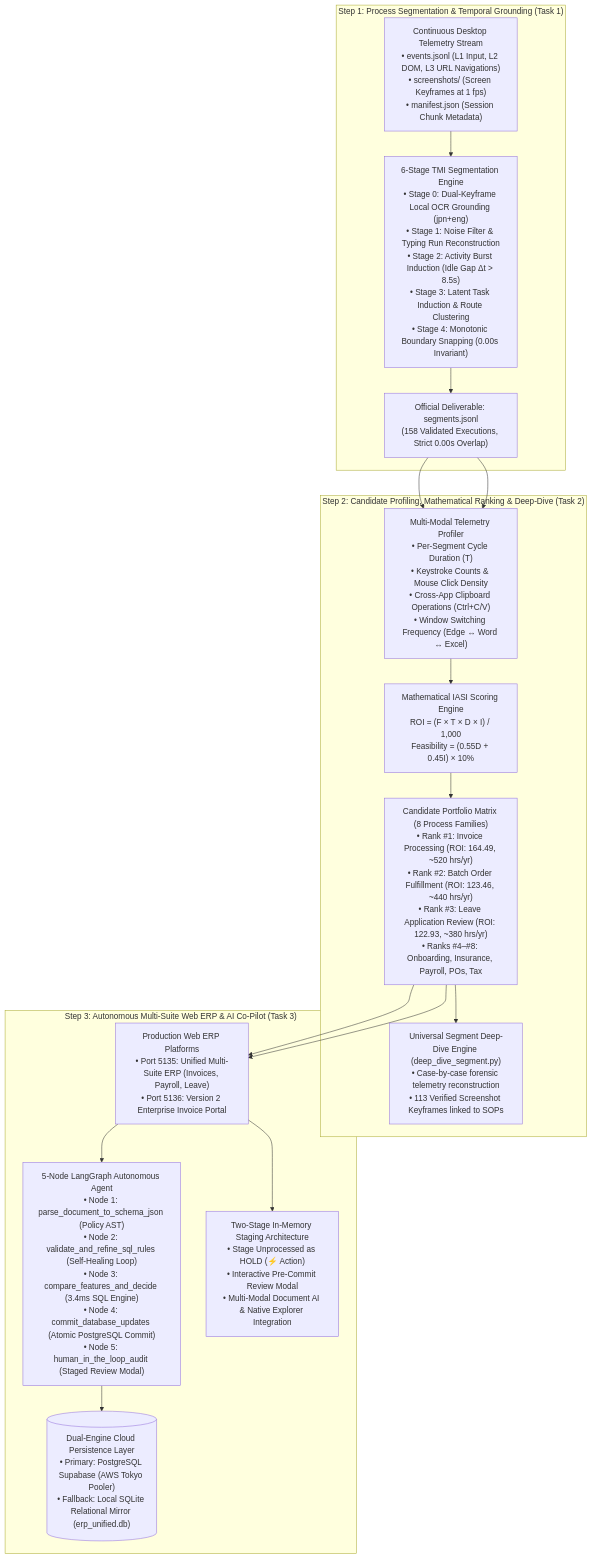
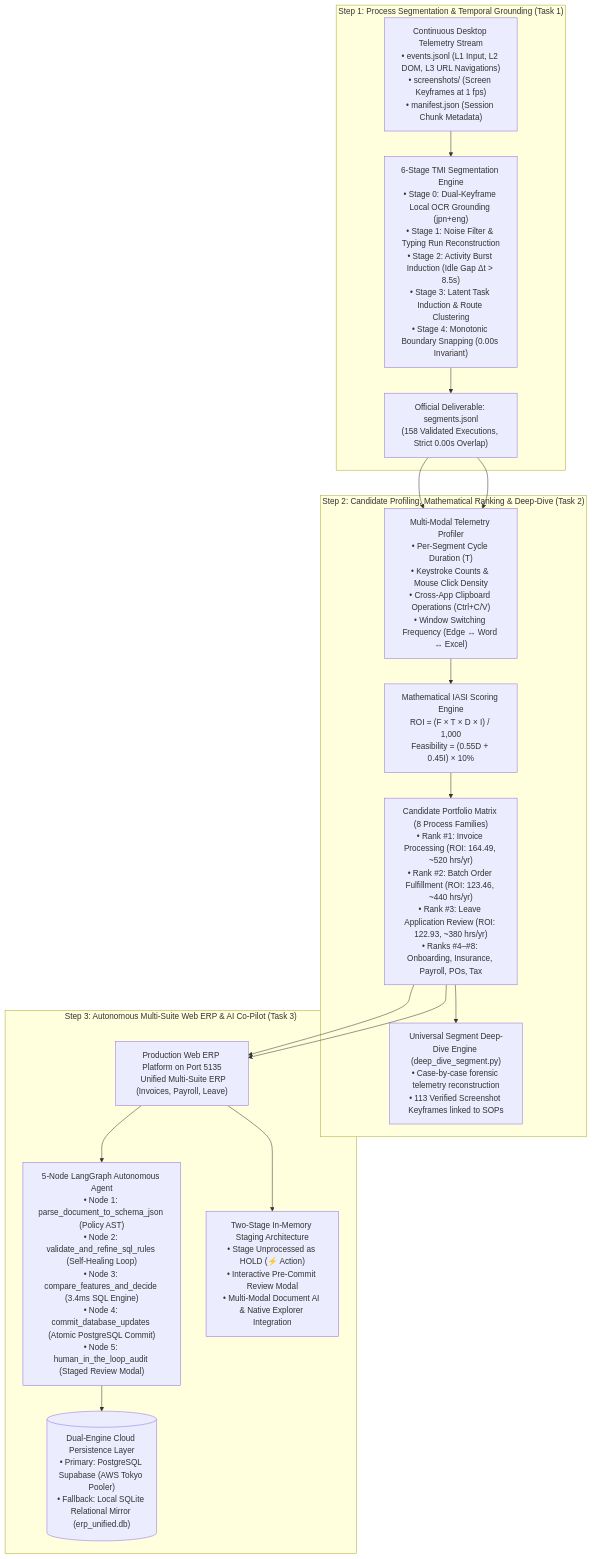
Before and after one commit to Kishore-iitr/I-m-besides-you: the first of 5 diagrams in WORKLOG.md, drawn with Mermaid. The commit also changed other lines of this file and 11 other files, not shown here.

Commit message:
feat: enforce single ERP portal on port 5135, synchronize database and SQL schemas across invoices, payroll, and leave, and remove port 5136

````diff
--- a/WORKLOG.md
+++ b/WORKLOG.md
@@ -29,24 +29,24 @@
 ```mermaid
 flowchart TD
     subgraph S1 ["Step 1: Process Segmentation & Temporal Grounding (Task 1)"]
         Stream["Continuous Desktop Telemetry Stream<br>• events.jsonl (L1 Input, L2 DOM, L3 URL Navigations)<br>• screenshots/ (Screen Keyframes at 1 fps)<br>• manifest.json (Session Chunk Metadata)"] --> Pipe1["6-Stage TMI Segmentation Engine<br>• Stage 0: Dual-Keyframe Local OCR Grounding (jpn+eng)<br>• Stage 1: Noise Filter & Typing Run Reconstruction<br>• Stage 2: Activity Burst Induction (Idle Gap Δt > 8.5s)<br>• Stage 3: Latent Task Induction & Route Clustering<br>• Stage 4: Monotonic Boundary Snapping (0.00s Invariant)"]
         Pipe1 --> D1["Official Deliverable: segments.jsonl<br>(158 Validated Executions, Strict 0.00s Overlap)"]
     end
 
     subgraph S2 ["Step 2: Candidate Profiling, Mathematical Ranking & Deep-Dive (Task 2)"]
         D1 --> Profiler["Multi-Modal Telemetry Profiler<br>• Per-Segment Cycle Duration (T)<br>• Keystroke Counts & Mouse Click Density<br>• Cross-App Clipboard Operations (Ctrl+C/V)<br>• Window Switching Frequency (Edge ↔ Word ↔ Excel)"]
         Profiler --> IASI["Mathematical IASI Scoring Engine<br>ROI = (F × T × D × I) / 1,000<br>Feasibility = (0.55D + 0.45I) × 10%"]
         IASI --> Ranking["Candidate Portfolio Matrix (8 Process Families)<br>• Rank #1: Invoice Processing (ROI: 164.49, ~520 hrs/yr)<br>• Rank #2: Batch Order Fulfillment (ROI: 123.46, ~440 hrs/yr)<br>• Rank #3: Leave Application Review (ROI: 122.93, ~380 hrs/yr)<br>• Ranks #4–#8: Onboarding, Insurance, Payroll, POs, Tax"]
         Ranking --> DeepDive["Universal Segment Deep-Dive Engine (deep_dive_segment.py)<br>• Case-by-case forensic telemetry reconstruction<br>• 113 Verified Screenshot Keyframes linked to SOPs"]
     end
 
     subgraph S3 ["Step 3: Autonomous Multi-Suite Web ERP & AI Co-Pilot (Task 3)"]
-        Ranking --> WebApp["Production Web ERP Platforms<br>• Port 5135: Unified Multi-Suite ERP (Invoices, Payroll, Leave)<br>• Port 5136: Version 2 Enterprise Invoice Portal"]
+        Ranking --> WebApp["Production Web ERP Platform on Port 5135<br>  Unified Multi-Suite ERP (Invoices, Payroll, Leave)"]
         WebApp --> LangGraph["5-Node LangGraph Autonomous Agent<br>• Node 1: parse_document_to_schema_json (Policy AST)<br>• Node 2: validate_and_refine_sql_rules (Self-Healing Loop)<br>• Node 3: compare_features_and_decide (3.4ms SQL Engine)<br>• Node 4: commit_database_updates (Atomic PostgreSQL Commit)<br>• Node 5: human_in_the_loop_audit (Staged Review Modal)"]
         LangGraph --> CloudDB[("Dual-Engine Cloud Persistence Layer<br>• Primary: PostgreSQL Supabase (AWS Tokyo Pooler)<br>• Fallback: Local SQLite Relational Mirror (erp_unified.db)")]
         WebApp --> V2Staging["Two-Stage In-Memory Staging Architecture<br>• Stage Unprocessed as HOLD (⚡ Action)<br>• Interactive Pre-Commit Review Modal<br>• Multi-Modal Document AI & Native Explorer Integration"]
     end
 
     D1 --> Profiler
     Ranking --> WebApp
 ```
````
